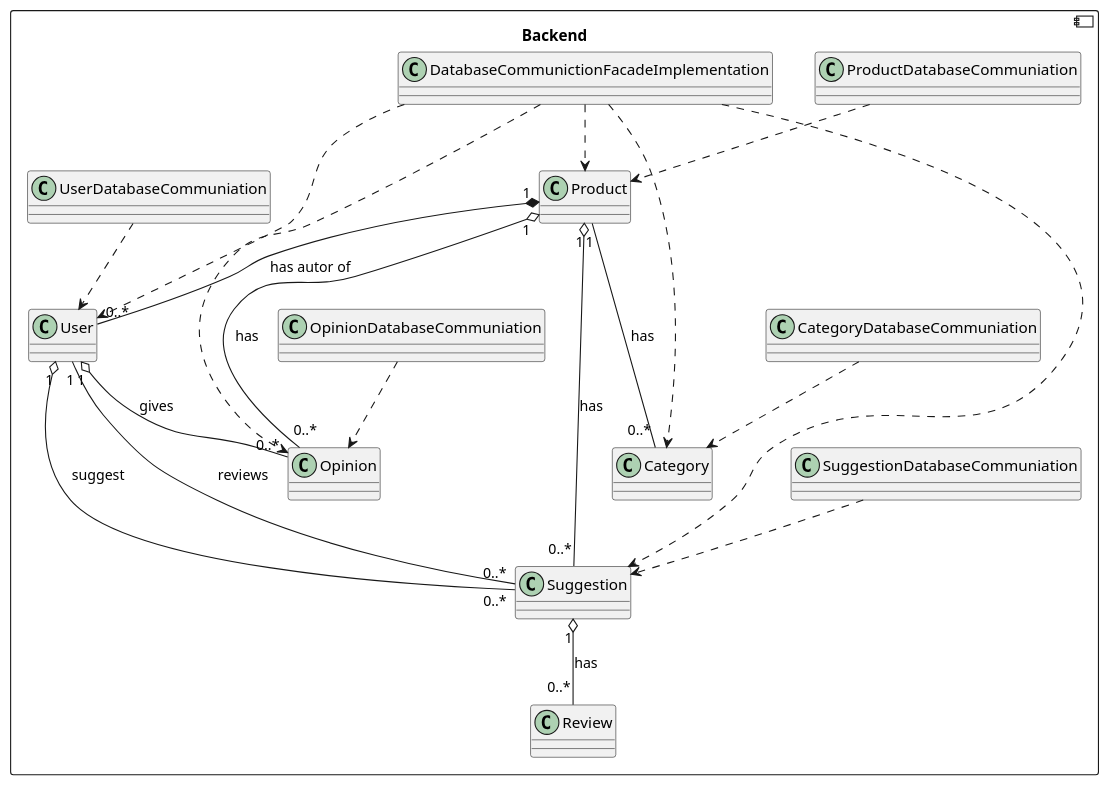
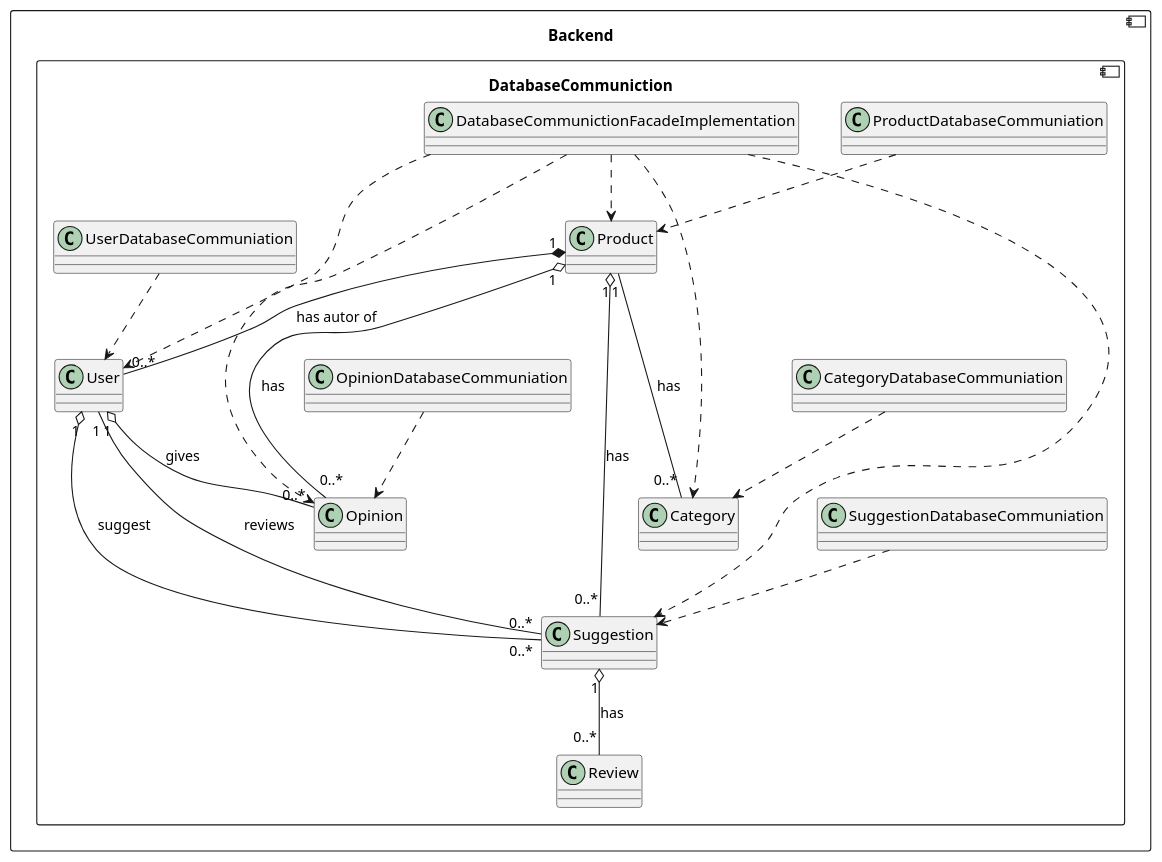
Before and after one commit to RadekBucki/OpinionCollectorArchitecture: the first of 17 diagrams in FullClassDiagrams.md, drawn with PlantUML. The commit also changed other lines of this file, not shown here.

````diff
--- a/FullClassDiagrams.md
+++ b/FullClassDiagrams.md
@@ -3,38 +3,40 @@
 ```plantuml
 component Backend {
-    class Suggestion {
+    component DatabaseCommuniction {
+        class Suggestion {
+        }
+        class User {
+        }
+        class Opinion {
+        }
+        class Product {
+        }
+        class Category {
+        }
+        class Suggestion {
+        }
+        class Review {
+        }
+        Product    "1" o-- "0..*" Opinion    : has
+        Product    "1" o-- "0..*" Suggestion : has
+        Product    "1" *-- "0..*" User       : has autor of
+        Product    "1" --- "0..*" Category   : has
+        Suggestion "1" o-- "0..*" Review    : has
+        User       "1" o-- "0..*" Opinion    : gives
+        User       "1" --- "0..*" Suggestion : reviews
+        User       "1" o-- "0..*" Suggestion : suggest
+        
+        UserDatabaseCommuniation        ..> User
+        ProductDatabaseCommuniation     ..> Product
+        SuggestionDatabaseCommuniation  ..> Suggestion
+        OpinionDatabaseCommuniation     ..> Opinion
+        CategoryDatabaseCommuniation    ..> Category
+        
+        DatabaseCommunictionFacadeImplementation ..> User
+        DatabaseCommunictionFacadeImplementation ..> Product
+        DatabaseCommunictionFacadeImplementation ..> Suggestion
+        DatabaseCommunictionFacadeImplementation ..> Opinion
+        DatabaseCommunictionFacadeImplementation ..> Category
     }
-    class User {
-    }
-    class Opinion {
-    }
-    class Product {
-    }
-    class Category {
-    }
-    class Suggestion {
-    }
-    class Review {
-    }
-    Product    "1" o-- "0..*" Opinion    : has
-    Product    "1" o-- "0..*" Suggestion : has
-    Product    "1" *-- "0..*" User       : has autor of
-    Product    "1" --- "0..*" Category   : has
-    Suggestion "1" o-- "0..*" Review    : has
-    User       "1" o-- "0..*" Opinion    : gives
-    User       "1" --- "0..*" Suggestion : reviews
-    User       "1" o-- "0..*" Suggestion : suggest
-    
-    UserDatabaseCommuniation        ..> User
-    ProductDatabaseCommuniation     ..> Product
-    SuggestionDatabaseCommuniation  ..> Suggestion
-    OpinionDatabaseCommuniation     ..> Opinion
-    CategoryDatabaseCommuniation    ..> Category
-    
-    DatabaseCommunictionFacadeImplementation ..> User
-    DatabaseCommunictionFacadeImplementation ..> Product
-    DatabaseCommunictionFacadeImplementation ..> Suggestion
-    DatabaseCommunictionFacadeImplementation ..> Opinion
-    DatabaseCommunictionFacadeImplementation ..> Category
 }
 ```
````
